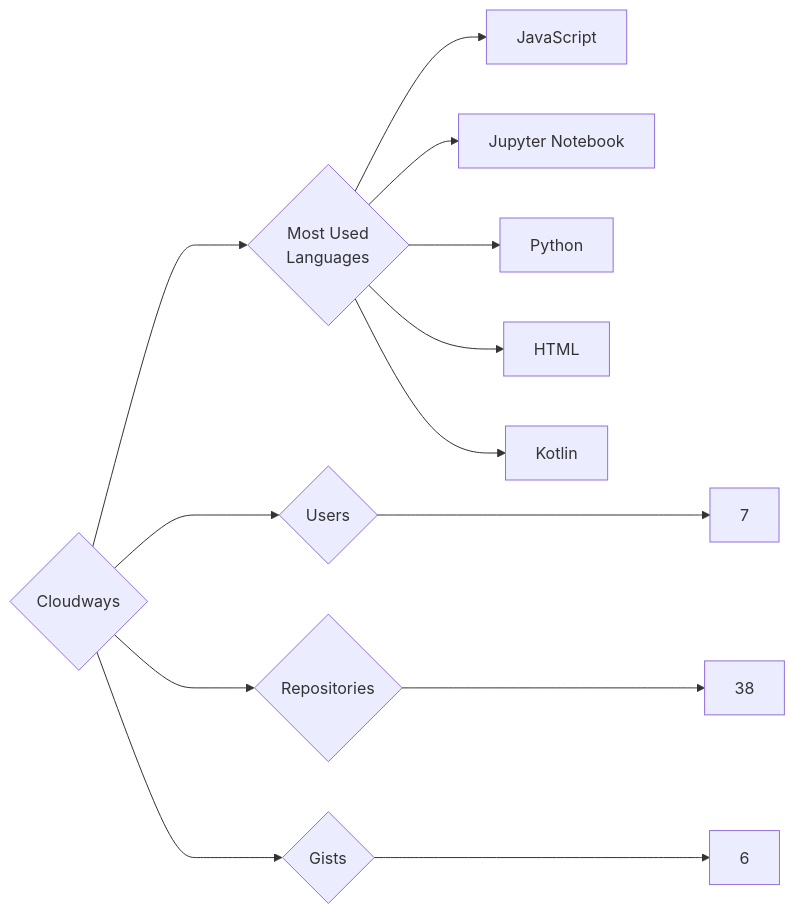
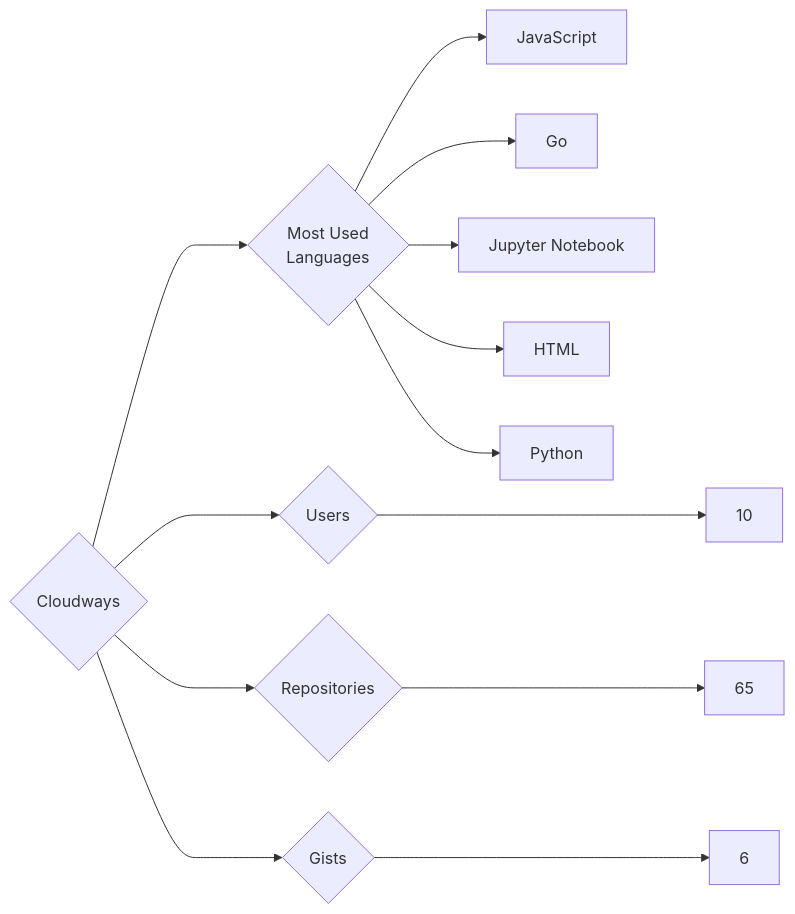
One commit to trickest/insiders changed the diagram in targets/Cloudways/README.md. Above: the diagram before and after it, drawn with Mermaid. The commit also changed 776 other files, not shown here.

````diff
--- a/targets/Cloudways/README.md
+++ b/targets/Cloudways/README.md
@@ -3,13 +3,13 @@
 ```mermaid
 graph LR
 COMPANY_NAME{Cloudways}
-COMPANY_NAME ---> U{Users} ---> UN[7]
-COMPANY_NAME ---> R{Repositories} ---> RN[38]
+COMPANY_NAME ---> U{Users} ---> UN[10]
+COMPANY_NAME ---> R{Repositories} ---> RN[65]
 COMPANY_NAME ---> G{Gists} ---> GN[6]
 COMPANY_NAME ---> ML{Most Used<br>Languages}
 ML --> JavaScript[JavaScript]
+ML --> Go[Go]
 ML --> Jupyter_Notebook[Jupyter Notebook]
+ML --> HTML[HTML]
 ML --> Python[Python]
-ML --> HTML[HTML]
-ML --> Kotlin[Kotlin]
 ```
````
